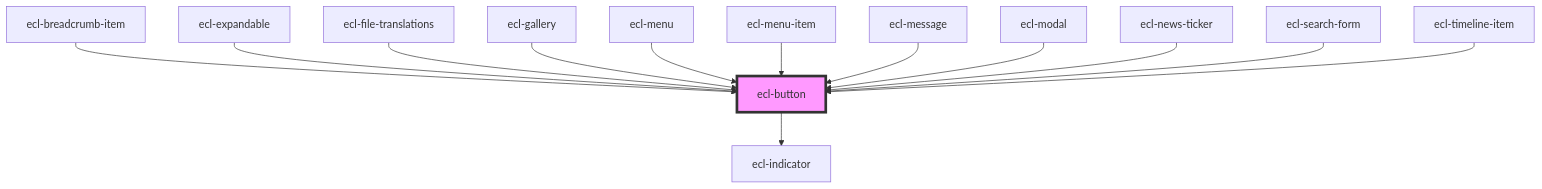
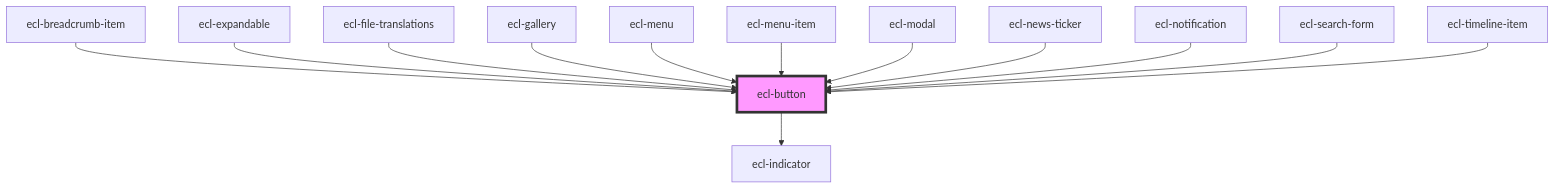
The diagram in src/components/ecl-button/readme.md (ec-europa/ecl-webcomponents), drawn with Mermaid before and after one commit. The commit also changed other lines of this file and 23 other files, not shown here.

````diff
--- a/src/components/ecl-button/readme.md
+++ b/src/components/ecl-button/readme.md
@@ -43,16 +43,16 @@
 ```mermaid
 graph TD;
   ecl-button --> ecl-indicator
   ecl-breadcrumb-item --> ecl-button
   ecl-expandable --> ecl-button
   ecl-file-translations --> ecl-button
   ecl-gallery --> ecl-button
   ecl-menu --> ecl-button
   ecl-menu-item --> ecl-button
-  ecl-message --> ecl-button
   ecl-modal --> ecl-button
   ecl-news-ticker --> ecl-button
+  ecl-notification --> ecl-button
   ecl-search-form --> ecl-button
   ecl-timeline-item --> ecl-button
   style ecl-button fill:#f9f,stroke:#333,stroke-width:4px
 ```
````
